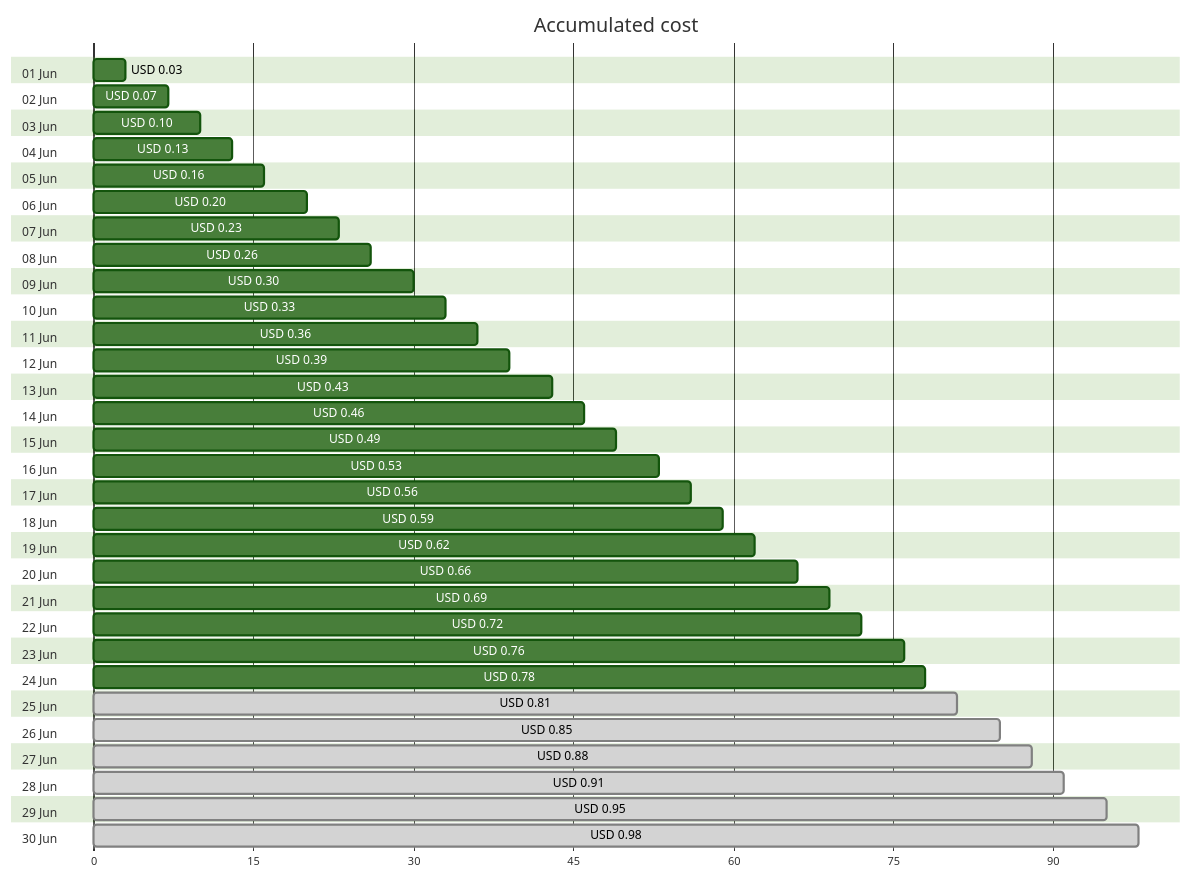
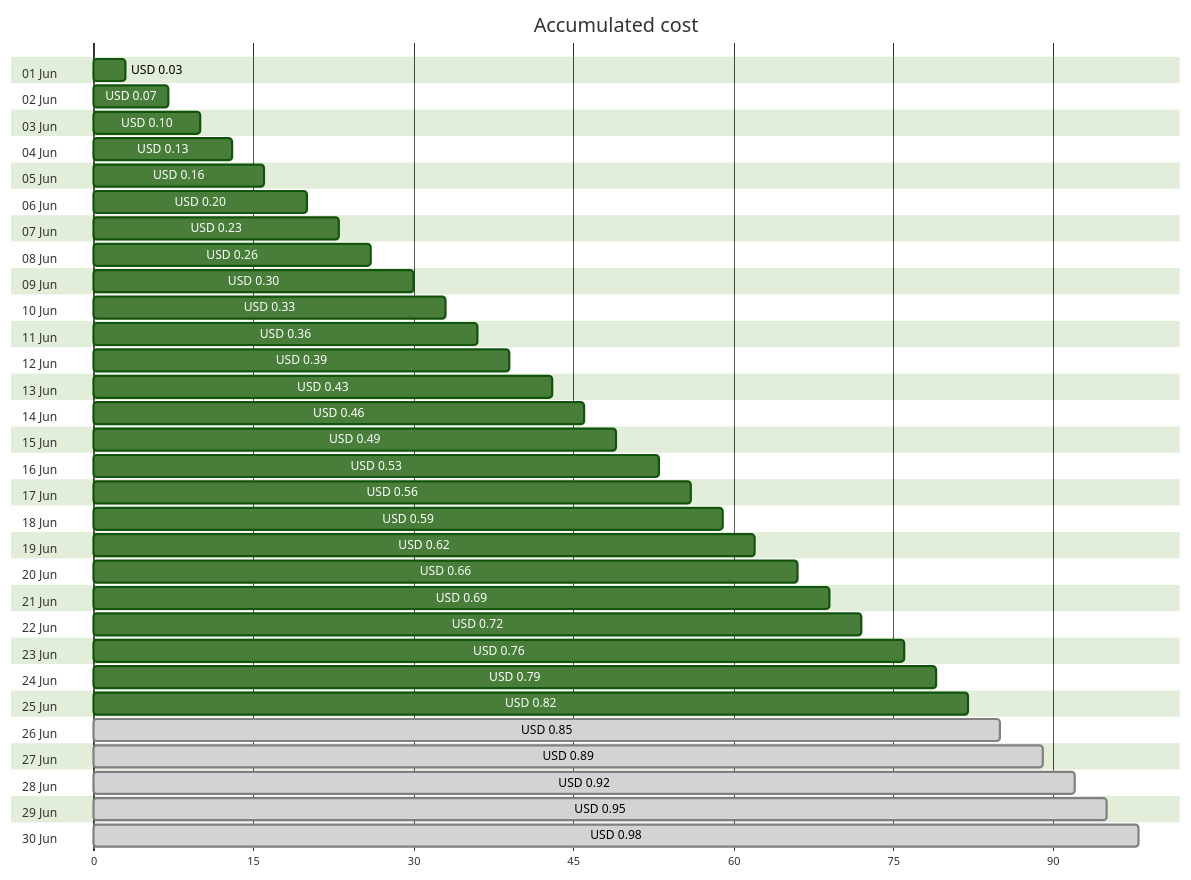
One commit to jpfulton/azure-personal-reports changed the first of 4 diagrams in cost-reports/personal-dns/README.md. Above: the diagram before and after it, drawn with Mermaid (forest theme). The commit also changed other lines of this file and 2 other files, not shown here.

````diff
--- a/cost-reports/personal-dns/README.md
+++ b/cost-reports/personal-dns/README.md
@@ -20,66 +20,66 @@
 ```mermaid
 gantt
    title Accumulated cost
    dateFormat  X
    axisFormat %s
    section 01 Jun
    USD 0.03 :0, 3
    section 02 Jun
    USD 0.07 :0, 7
    section 03 Jun
    USD 0.10 :0, 10
    section 04 Jun
    USD 0.13 :0, 13
    section 05 Jun
    USD 0.16 :0, 16
    section 06 Jun
    USD 0.20 :0, 20
    section 07 Jun
    USD 0.23 :0, 23
    section 08 Jun
    USD 0.26 :0, 26
    section 09 Jun
    USD 0.30 :0, 30
    section 10 Jun
    USD 0.33 :0, 33
    section 11 Jun
    USD 0.36 :0, 36
    section 12 Jun
    USD 0.39 :0, 39
    section 13 Jun
    USD 0.43 :0, 43
    section 14 Jun
    USD 0.46 :0, 46
    section 15 Jun
    USD 0.49 :0, 49
    section 16 Jun
    USD 0.53 :0, 53
    section 17 Jun
    USD 0.56 :0, 56
    section 18 Jun
    USD 0.59 :0, 59
    section 19 Jun
    USD 0.62 :0, 62
    section 20 Jun
    USD 0.66 :0, 66
    section 21 Jun
    USD 0.69 :0, 69
    section 22 Jun
    USD 0.72 :0, 72
    section 23 Jun
    USD 0.76 :0, 76
    section 24 Jun
-   USD 0.78 :0, 78
+   USD 0.79 :0, 79
    section 25 Jun
-   USD 0.81 : done, 0, 81
+   USD 0.82 :0, 82
    section 26 Jun
    USD 0.85 : done, 0, 85
    section 27 Jun
-   USD 0.88 : done, 0, 88
+   USD 0.89 : done, 0, 89
    section 28 Jun
-   USD 0.91 : done, 0, 91
+   USD 0.92 : done, 0, 92
    section 29 Jun
    USD 0.95 : done, 0, 95
    section 30 Jun
    USD 0.98 : done, 0, 98
 ```
````
